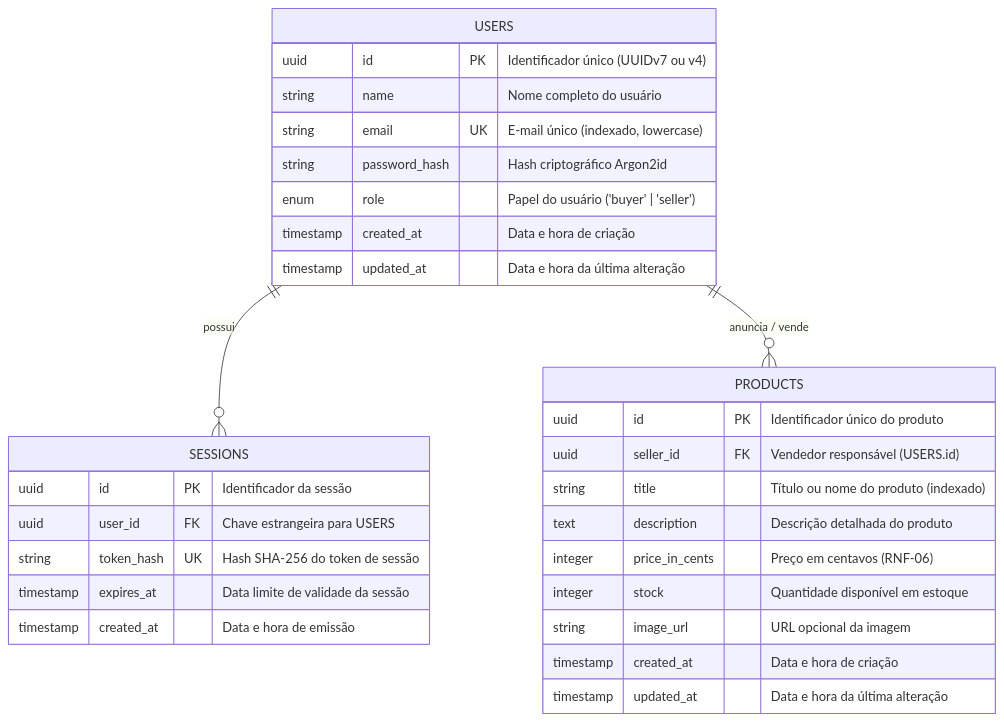
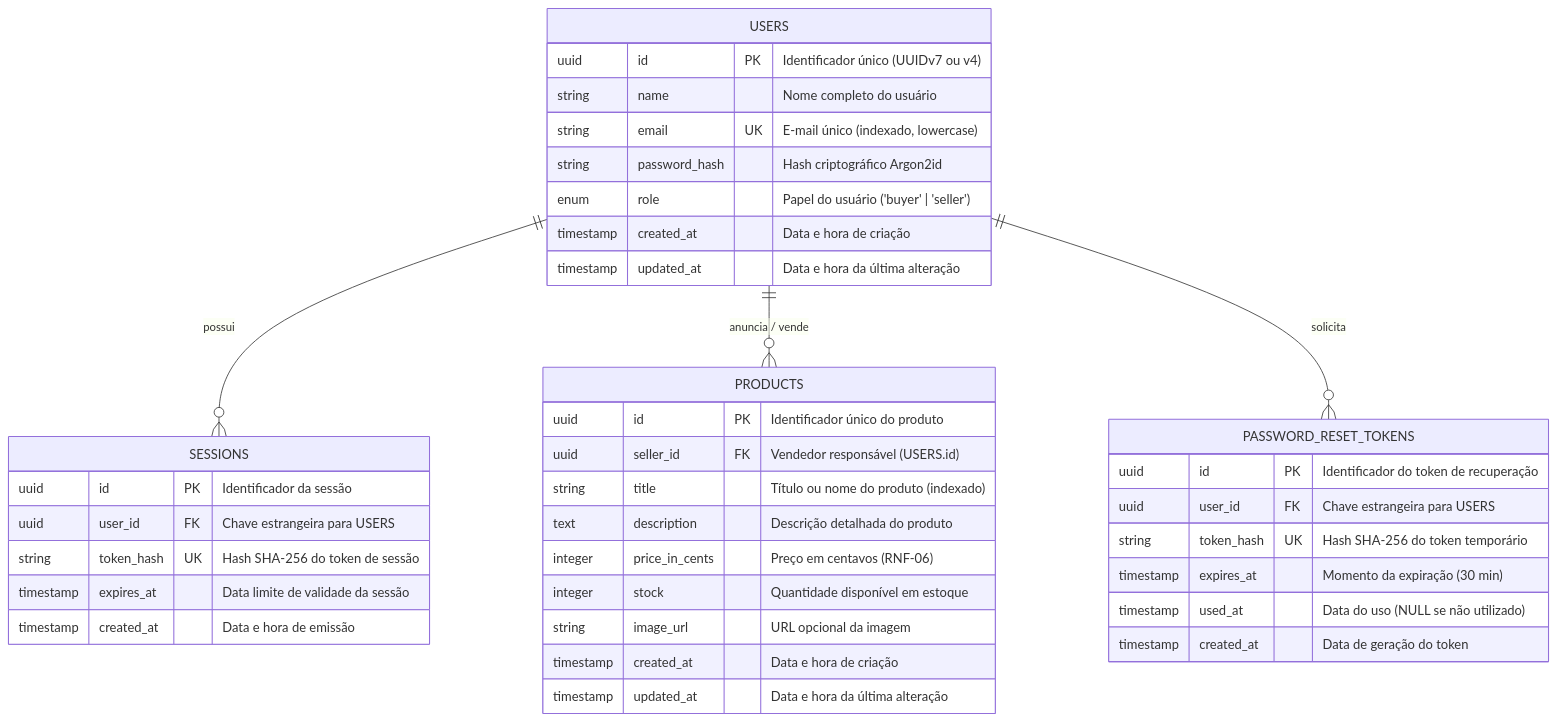
Before and after one commit to RafaelMorais1/Meumarketplace-: the diagram in docs/03-modelo-de-dados.md, drawn with Mermaid. The commit also changed other lines of this file and 4 other files, not shown here.

````diff
--- a/docs/03-modelo-de-dados.md
+++ b/docs/03-modelo-de-dados.md
@@ -9,35 +9,45 @@
 ```mermaid
 erDiagram
     USERS ||--o{ SESSIONS : "possui"
     USERS ||--o{ PRODUCTS : "anuncia / vende"
+    USERS ||--o{ PASSWORD_RESET_TOKENS : "solicita"
 
     USERS {
         uuid id PK "Identificador único (UUIDv7 ou v4)"
         string name "Nome completo do usuário"
         string email UK "E-mail único (indexado, lowercase)"
         string password_hash "Hash criptográfico Argon2id"
         enum role "Papel do usuário ('buyer' | 'seller')"
         timestamp created_at "Data e hora de criação"
         timestamp updated_at "Data e hora da última alteração"
     }
 
     SESSIONS {
         uuid id PK "Identificador da sessão"
         uuid user_id FK "Chave estrangeira para USERS"
         string token_hash UK "Hash SHA-256 do token de sessão"
         timestamp expires_at "Data limite de validade da sessão"
         timestamp created_at "Data e hora de emissão"
     }
 
+    PASSWORD_RESET_TOKENS {
+        uuid id PK "Identificador do token de recuperação"
+        uuid user_id FK "Chave estrangeira para USERS"
+        string token_hash UK "Hash SHA-256 do token temporário"
+        timestamp expires_at "Momento da expiração (30 min)"
+        timestamp used_at "Data do uso (NULL se não utilizado)"
+        timestamp created_at "Data de geração do token"
+    }
+
     PRODUCTS {
         uuid id PK "Identificador único do produto"
         uuid seller_id FK "Vendedor responsável (USERS.id)"
         string title "Título ou nome do produto (indexado)"
         text description "Descrição detalhada do produto"
         integer price_in_cents "Preço em centavos (RNF-06)"
         integer stock "Quantidade disponível em estoque"
         string image_url "URL opcional da imagem"
         timestamp created_at "Data e hora de criação"
         timestamp updated_at "Data e hora da última alteração"
     }
 ```
````
